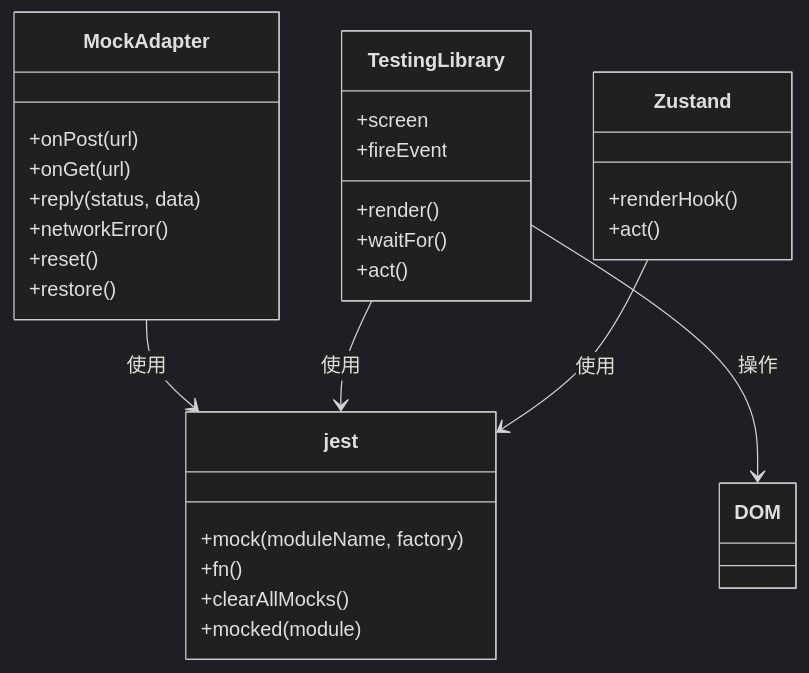
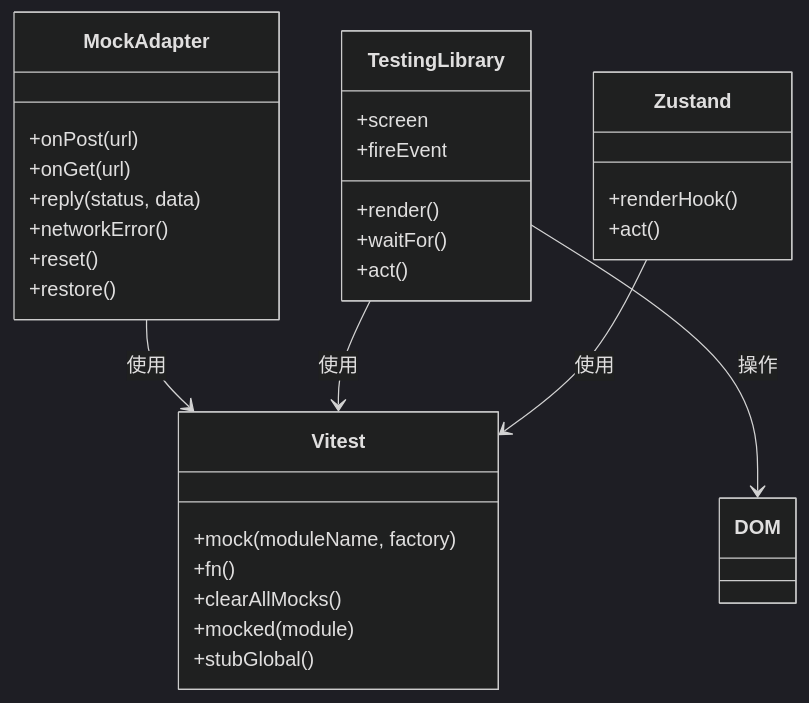
One commit to fengerzh/react-vscode-template changed the fifth of 11 diagrams in .qoder/repowiki/zh/content/测试策略/单元测试.md. Above: the diagram before and after it, drawn with Mermaid (dark theme). The commit also changed other lines of this file and 15 other files, not shown here.

````diff
--- a/.qoder/repowiki/zh/content/测试策略/单元测试.md
+++ b/.qoder/repowiki/zh/content/测试策略/单元测试.md
@@ -211,32 +215,33 @@
 ```mermaid
 classDiagram
 class MockAdapter {
 +onPost(url)
 +onGet(url)
 +reply(status, data)
 +networkError()
 +reset()
 +restore()
 }
-class jest {
+class Vitest {
 +mock(moduleName, factory)
 +fn()
 +clearAllMocks()
 +mocked(module)
++stubGlobal()
 }
 class TestingLibrary {
 +render()
 +screen
 +fireEvent
 +waitFor()
 +act()
 }
 class Zustand {
 +renderHook()
 +act()
 }
-MockAdapter --> jest : 使用
-TestingLibrary --> jest : 使用
-Zustand --> jest : 使用
+MockAdapter --> Vitest : 使用
+TestingLibrary --> Vitest : 使用
+Zustand --> Vitest : 使用
 TestingLibrary --> DOM : 操作
 ```
````
